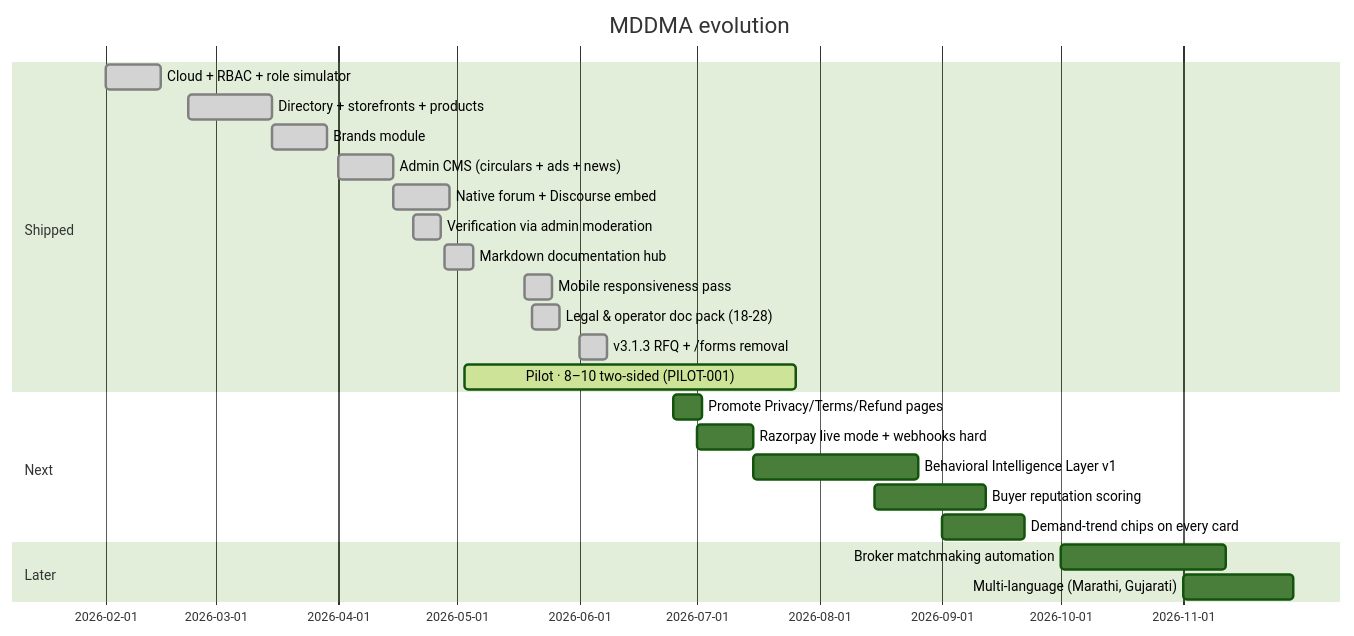
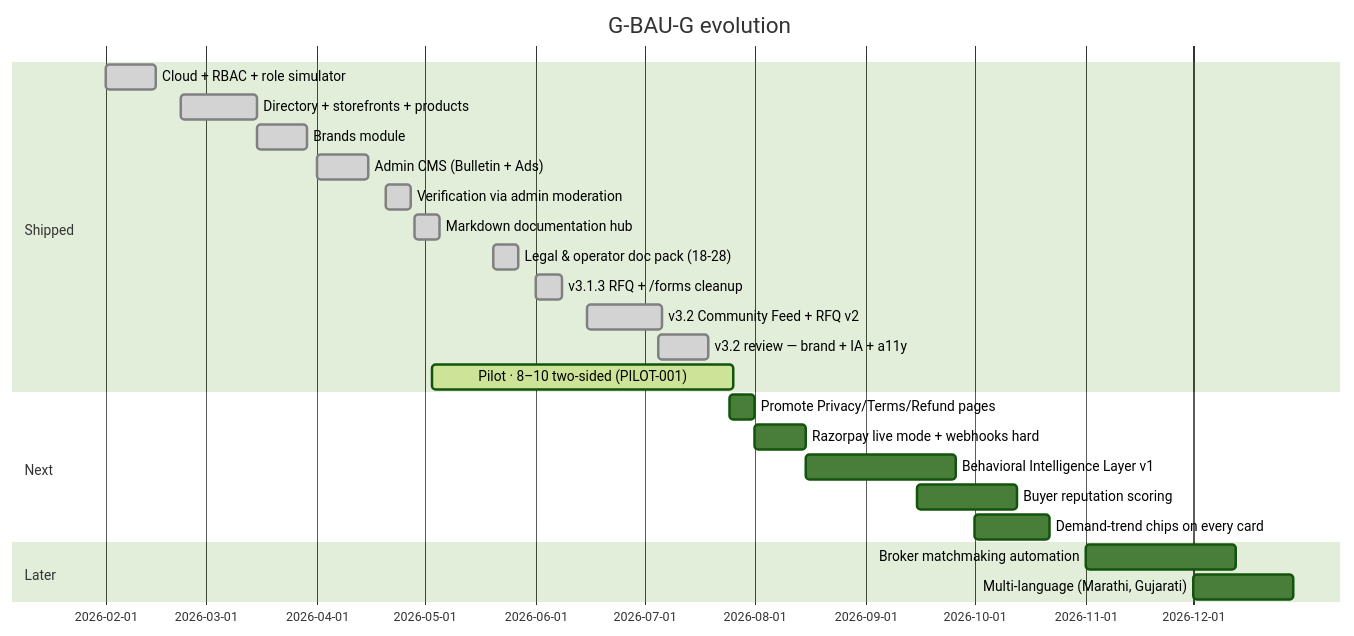
The second of 2 diagrams in src/content/docs/06-build-and-operations.md (arka97/mddma-test), drawn with Mermaid (forest theme) before and after one commit. The commit also changed other lines of this file and 7 other files, not shown here.

````diff
--- a/src/content/docs/06-build-and-operations.md
+++ b/src/content/docs/06-build-and-operations.md
@@ -110,26 +103,26 @@
 ```mermaid
 gantt
-  title MDDMA evolution
+  title G-BAU-G evolution
   dateFormat YYYY-MM-DD
   section Shipped
   Cloud + RBAC + role simulator      :done, 2026-02-01, 2w
   Directory + storefronts + products :done, 2026-02-22, 3w
   Brands module                      :done, 2026-03-15, 2w
-  Admin CMS (circulars + ads + news) :done, 2026-04-01, 2w
-  Native forum + Discourse embed     :done, 2026-04-15, 2w
+  Admin CMS (Bulletin + Ads)         :done, 2026-04-01, 2w
   Verification via admin moderation  :done, 2026-04-20, 1w
   Markdown documentation hub         :done, 2026-04-28, 1w
-  Mobile responsiveness pass         :done, 2026-05-18, 1w
   Legal & operator doc pack (18-28)  :done, 2026-05-20, 1w
-  v3.1.3 RFQ + /forms removal        :done, 2026-06-01, 1w
+  v3.1.3 RFQ + /forms cleanup        :done, 2026-06-01, 1w
+  v3.2 Community Feed + RFQ v2       :done, 2026-06-15, 3w
+  v3.2 review — brand + IA + a11y    :done, 2026-07-05, 2w
   Pilot · 8–10 two-sided (PILOT-001) :active, 2026-05-03, 12w
   section Next
-  Promote Privacy/Terms/Refund pages :2026-06-25, 1w
-  Razorpay live mode + webhooks hard :2026-07-01, 2w
-  Behavioral Intelligence Layer v1   :2026-07-15, 6w
-  Buyer reputation scoring           :2026-08-15, 4w
-  Demand-trend chips on every card   :2026-09-01, 3w
+  Promote Privacy/Terms/Refund pages :2026-07-25, 1w
+  Razorpay live mode + webhooks hard :2026-08-01, 2w
+  Behavioral Intelligence Layer v1   :2026-08-15, 6w
+  Buyer reputation scoring           :2026-09-15, 4w
+  Demand-trend chips on every card   :2026-10-01, 3w
   section Later
-  Broker matchmaking automation      :2026-10-01, 6w
-  Multi-language (Marathi, Gujarati) :2026-11-01, 4w
+  Broker matchmaking automation      :2026-11-01, 6w
+  Multi-language (Marathi, Gujarati) :2026-12-01, 4w
 ```
````
